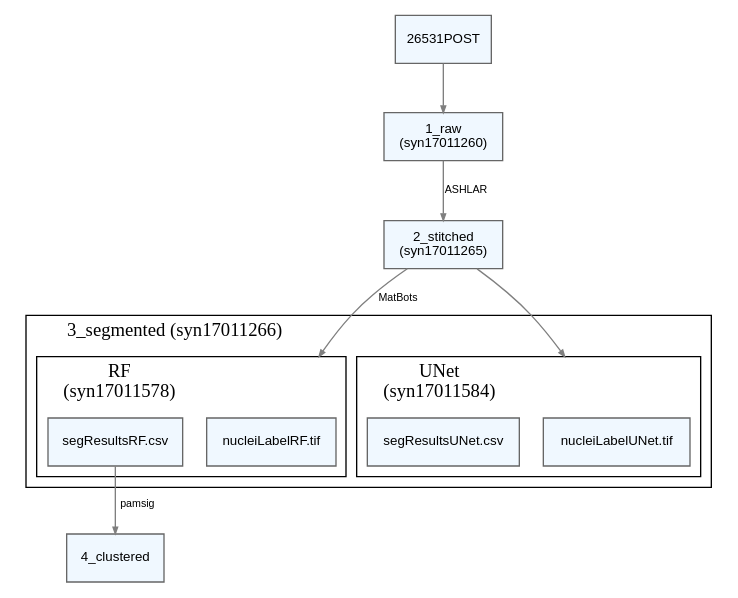
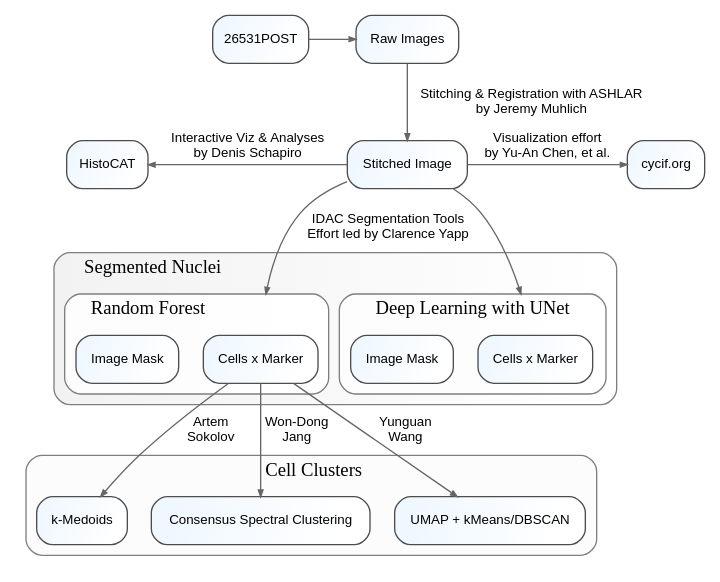
The diagram in csc.dot (ArtemSokolov/cscwg), drawn with Graphviz before and after one commit. The commit also changed 3 other files, not shown here.

```diff
--- a/csc.dot
+++ b/csc.dot
@@ -1,44 +1,81 @@
 digraph pipeline {
 	compound = true
 
 	node [fontname = "Helvetica", fontsize = 10, shape = "rectangle",
-	      style = "filled", fillcolor = "aliceblue", color = "gray40"]
+	      style = "rounded,filled", fillcolor = "aliceblue:white",
+	      gradientangle="315", color = "gray30"]
 
-	edge [fontname = "Helvetica", fontsize = 8, color = "gray50", arrowsize = 0.5]
+	edge [fontname = "Helvetica", fontsize = 10, color = "gray40", arrowsize = 0.5]
 
-	A [label = "26531POST", URL = "https://www.cycif.org/osd-exhibit"]
-	B [label = "1_raw\n(syn17011260)", URL = "https://www.synapse.org/#!Synapse:syn17011260"]
-	C [label = "2_stitched\n(syn17011265)",
-	   URL = "https://www.synapse.org/#!Synapse:syn17011265"]
+	{
+		rank = same;
+		A [id = "nodeA", label = "26531POST", URL = "https://www.cycif.org/osd-exhibit"]
+		B [id = "nodeB", label = "Raw Images", URL = "https://www.synapse.org/#!Synapse:syn17011260"]
+	}
+	{
+		rank = same;
+		C [id = "nodeC", label = "Stitched Image",
+		   URL = "https://www.synapse.org/#!Synapse:syn17011265"]
+		C1 [id = "nodeC1", label = "cycif.org", URL = "https://www.cycif.org/osd-exhibit"]
+		C2 [id = "nodeC2", label = "HistoCAT", URL = "https://github.com/BodenmillerGroup/histoCAT/releases"]
+	}
 
 	subgraph clusterA {
-		label = "3_segmented (syn17011266)"
+		color = "gray50"
+		style = "rounded, filled"
+		fillcolor = "gray95:white"
+		label = "Segmented Nuclei"
 		labeljust = "l"
 		URL="https://www.synapse.org/#!Synapse:syn17011266"
 		subgraph clusterA1 {
-			label = "RF\n(syn17011578)"
+			id = "clusterA1"
+			label = "Random Forest"
+			style = "rounded, filled"
+			fillcolor = "gray99:white"
 			URL="https://www.synapse.org/#!Synapse:syn17011578"
-			D1 [label = "nucleiLabelRF.tif",
+			D1 [label = "Cells x Marker",
 			    URL = "https://www.synapse.org/#!Synapse:syn17011578"]
-			D2 [label = "segResultsRF.csv",
+			D2 [label = "Image Mask",
 			    URL = "https://www.synapse.org/#!Synapse:syn17011578"]
 		}
 		subgraph clusterA2 {
-			label = "UNet\n(syn17011584)"
+			id = "clusterA2"
+			label = "Deep Learning with UNet"
+			style = "rounded, filled"
+			fillcolor = "gray99:white"
 			URL="https://www.synapse.org/#!Synapse:syn17011584"
-			D3 [label = "nucleiLabelUNet.tif",
+			D3 [label = "Cells x Marker",
 			    URL="https://www.synapse.org/#!Synapse:syn17011584"]
-			D4 [label = "segResultsUNet.csv",
+			D4 [label = "Image Mask",
 			    URL="https://www.synapse.org/#!Synapse:syn17011584"]
 		}
 	}
 
-	E [label = "4_clustered", URL = "https://www.synapse.org/#!Synapse:syn17012622"]
-	
+	subgraph clusterB {
+		color = "gray50"
+		style = "rounded, filled"
+		fillcolor = "gray99"
+		label = "  Cell Clusters"
+		labeljust = "1"
+		URL="https://www.synapse.org/#!Synapse:syn17011267"
+		E1 [id = "nodeE1", label = "k-Medoids"
+		    URL="https://www.synapse.org/#!Synapse:syn17012622"]
+		E2 [id = "nodeE2", label = "Consensus Spectral Clustering"
+		    URL="https://www.synapse.org/#!Synapse:syn17078938"]
+		E3 [id = "nodeE3", label = "UMAP + kMeans/DBSCAN"
+		    URL="https://www.synapse.org/#!Synapse:syn17064044"]
+	}
+
 	A -> B
-	B -> C [label = " ASHLAR", URL = "https://github.com/sorgerlab/ashlar"]
-	C -> D1 [label = " MatBots", URL = "https://hms-idac.github.io/MatBots/",
+	B -> C [label = " Stitching & Registration with ASHLAR\nby Jeremy Muhlich",
+		URL = "https://github.com/sorgerlab/ashlar"]
+	C -> C1 [label = " Visualization effort\nby Yu-An Chen, et al."]
+	C2 -> C [label = " Interactive Viz & Analyses\nby Denis Schapiro", dir="back"]
+	C -> D1 [label = " IDAC Segmentation Tools\nEffort led by Clarence Yapp",
+		 URL = "https://hms-idac.github.io/MatBots/",
 		 lhead = clusterA1]
 	C -> D3 [lhead = clusterA2]
-	D2 -> E [label = " pamsig", URL = "https://github.com/datarail/pamsig"]
+	D1 -> E1 [label = " Artem\nSokolov", URL = "https://github.com/datarail/pamsig"]
+	D1 -> E2 [label = " Won-Dong\nJang", URL = "https://github.com/wdjang/consensus"]
+	D1 -> E3 [label = " Yunguan\nWang", URL = "https://github.com/yunguan-wang/cycif-clustering"]
 }
```
